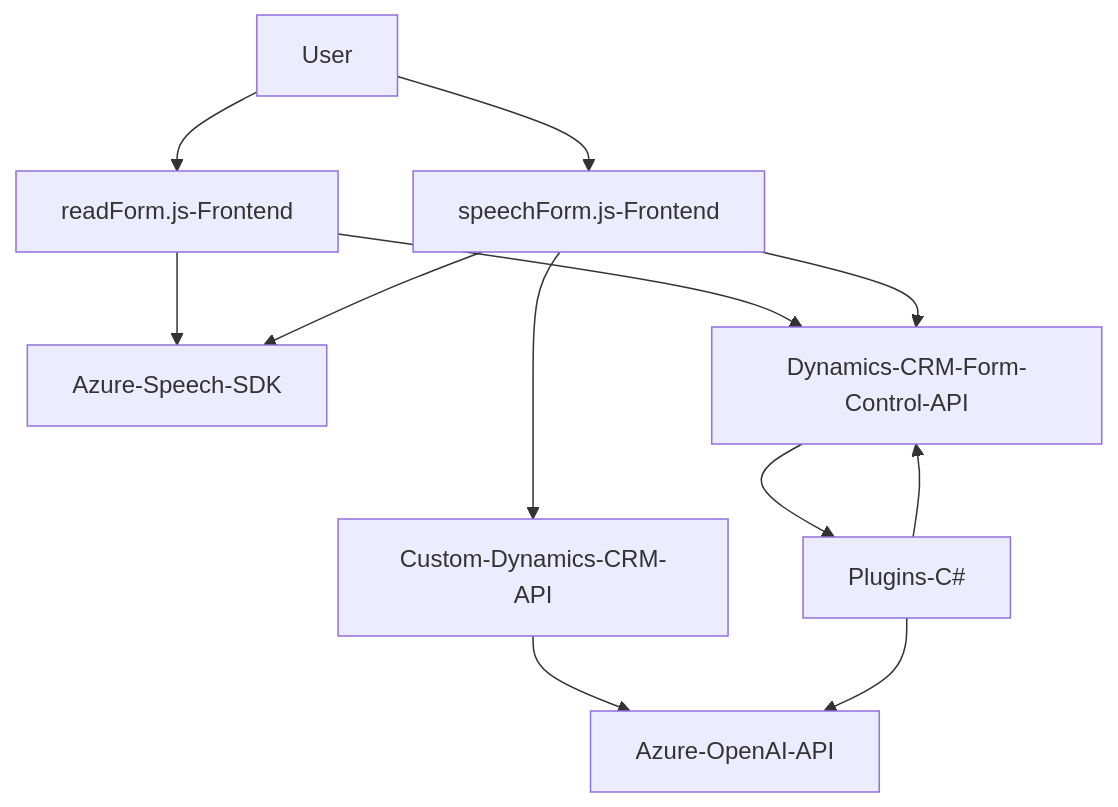
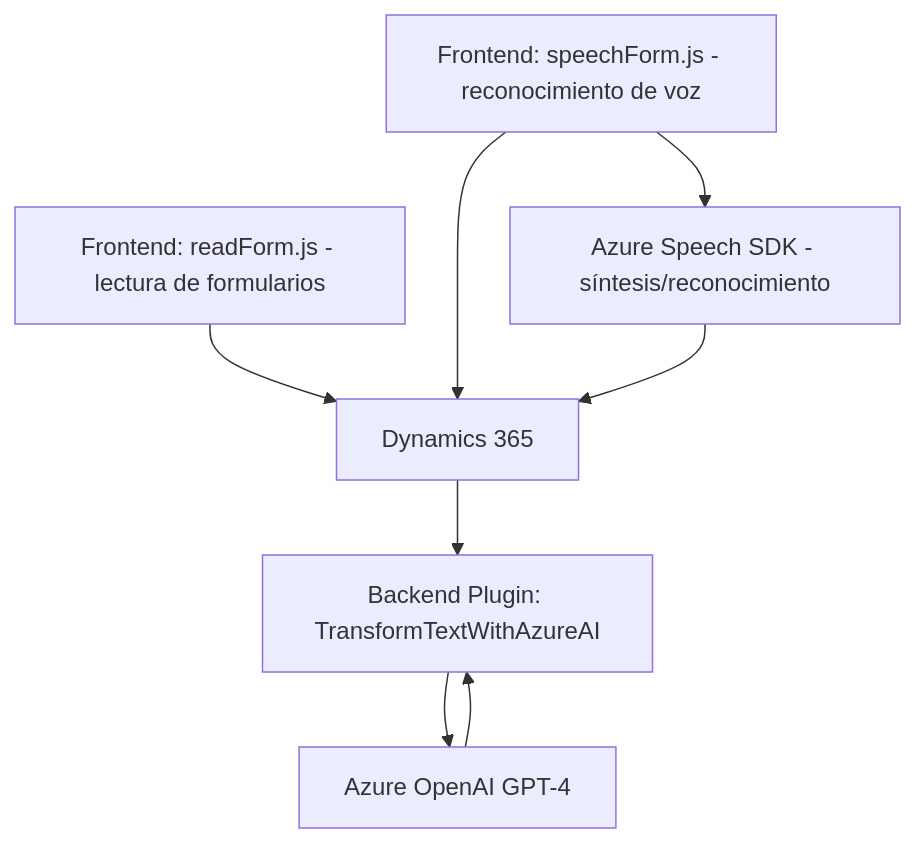
The diagram in README.md (blopezdm/NETCORE_BILBAO2025), drawn with Mermaid before and after one commit. The commit also changed other lines of this file, not shown here.

````diff
--- a/README.md
+++ b/README.md
@@ -46,14 +43,17 @@
 ```mermaid
 graph TD
-    A[User] --> B[readForm.js-Frontend]
-    A --> C[speechForm.js-Frontend]
-    B --> D["Azure-Speech-SDK"]
+    A["Frontend: readForm.js - lectura de formularios"]
+    B["Frontend: speechForm.js - reconocimiento de voz"]
+    C["Azure Speech SDK - síntesis/reconocimiento"]
+    D["Dynamics 365"]
+    E["Backend Plugin: TransformTextWithAzureAI"]
+    F["Azure OpenAI GPT-4"]
+
+    A --> D
+    B --> D
+    B --> C
     C --> D
-    C --> E["Custom-Dynamics-CRM-API"]
-    E --> F["Azure-OpenAI-API"]
-    B --> G["Dynamics-CRM-Form-Control-API"]
-    C --> G
-    G --> H[Plugins-C#]
-    H --> F
-    H --> G
+    D --> E
+    E --> F
+    F --> E
 ```
````
